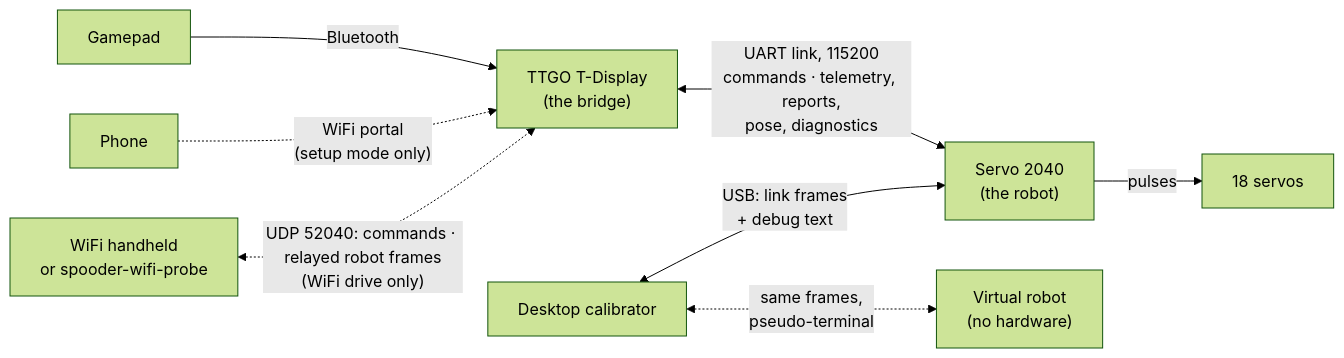
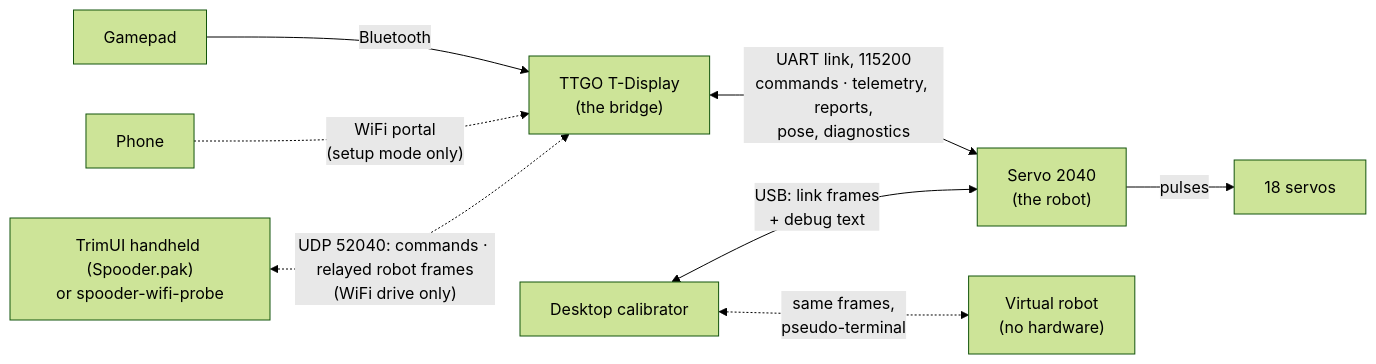
The diagram in Readme.md (blackfyre/spooder), drawn with Mermaid (forest theme) before and after one commit. The commit also changed other lines of this file and 7 other files, not shown here.

````diff
--- a/Readme.md
+++ b/Readme.md
@@ -18,10 +18,10 @@
 ```mermaid
 flowchart LR
   pad["Gamepad"] -- "Bluetooth" --> bridge["TTGO T-Display<br/>(the bridge)"]
   phone["Phone"] -. "WiFi portal<br/>(setup mode only)" .-> bridge
-  handheld["WiFi handheld<br/>or spooder-wifi-probe"] <-. "UDP 52040: commands · relayed robot frames<br/>(WiFi drive only)" .-> bridge
+  handheld["TrimUI handheld (Spooder.pak)<br/>or spooder-wifi-probe"] <-. "UDP 52040: commands · relayed robot frames<br/>(WiFi drive only)" .-> bridge
   bridge <-- "UART link, 115200<br/>commands · telemetry, reports,<br/>pose, diagnostics" --> robot["Servo 2040<br/>(the robot)"]
   robot -- "pulses" --> servos["18 servos"]
   desktop["Desktop calibrator"] <-- "USB: link frames<br/>+ debug text" --> robot
   desktop <-. "same frames,<br/>pseudo-terminal" .-> virtual["Virtual robot<br/>(no hardware)"]
 ```
````
